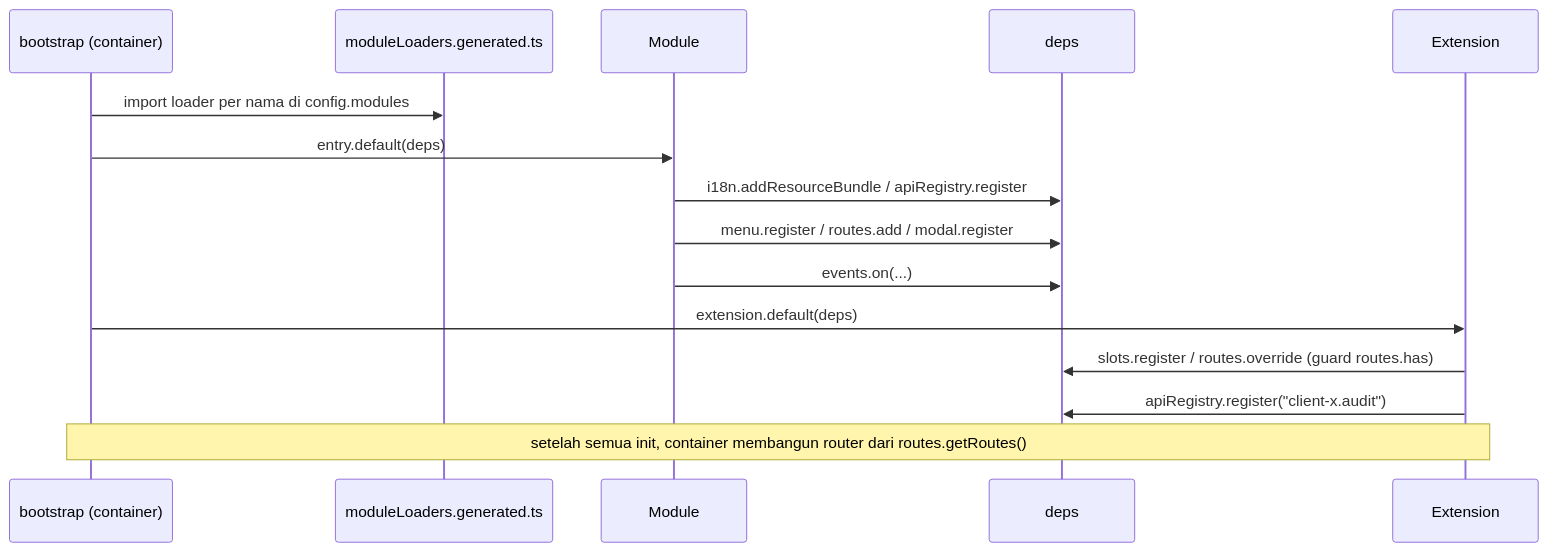
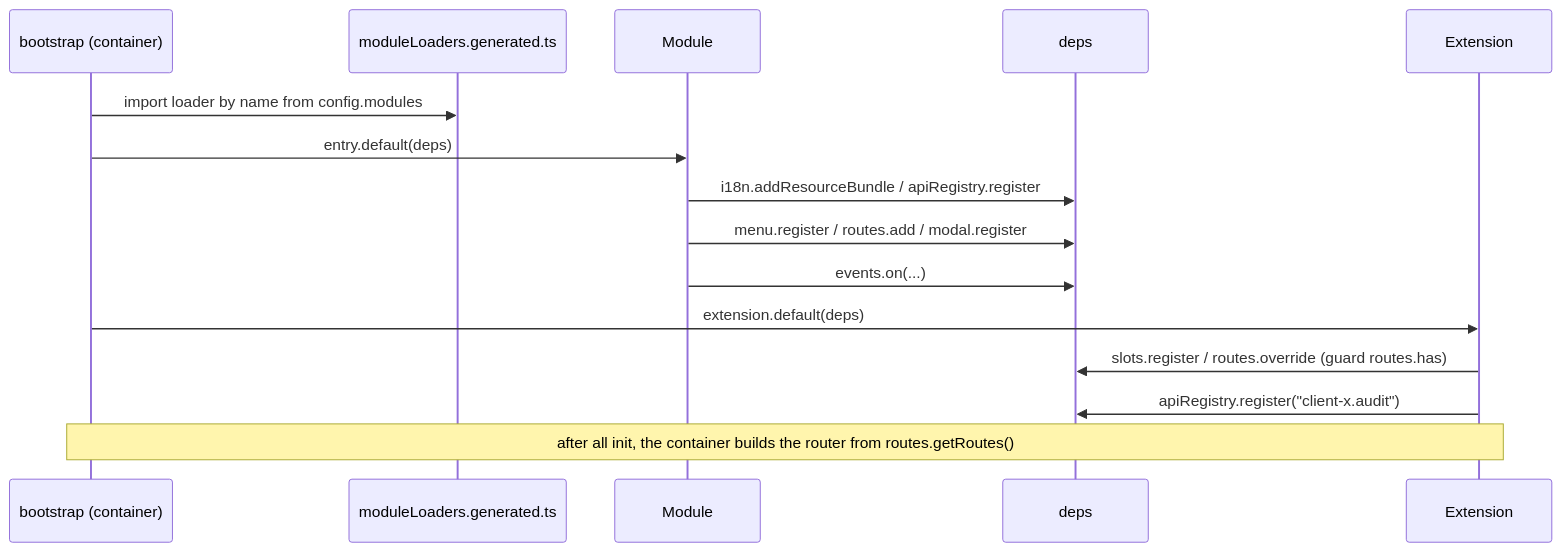
The second of 7 diagrams in docs/ARCHITECTURE.en.md (satriolangit/modular-web-sample), drawn with Mermaid before and after one commit. The commit also changed other lines of this file and 7 other files, not shown here.

````diff
--- a/docs/ARCHITECTURE.en.md
+++ b/docs/ARCHITECTURE.en.md
@@ -395,17 +395,17 @@
 ```mermaid
 sequenceDiagram
     participant B as bootstrap (container)
     participant G as moduleLoaders.generated.ts
     participant M as Module
     participant D as deps
     participant X as Extension
-    B->>G: import loader per nama di config.modules
+    B->>G: import loader by name from config.modules
     B->>M: entry.default(deps)
     M->>D: i18n.addResourceBundle / apiRegistry.register
     M->>D: menu.register / routes.add / modal.register
     M->>D: events.on(...)
     B->>X: extension.default(deps)
     X->>D: slots.register / routes.override (guard routes.has)
     X->>D: apiRegistry.register("client-x.audit")
-    Note over B,X: setelah semua init, container membangun router dari routes.getRoutes()
+    Note over B,X: after all init, the container builds the router from routes.getRoutes()
 ```
````
